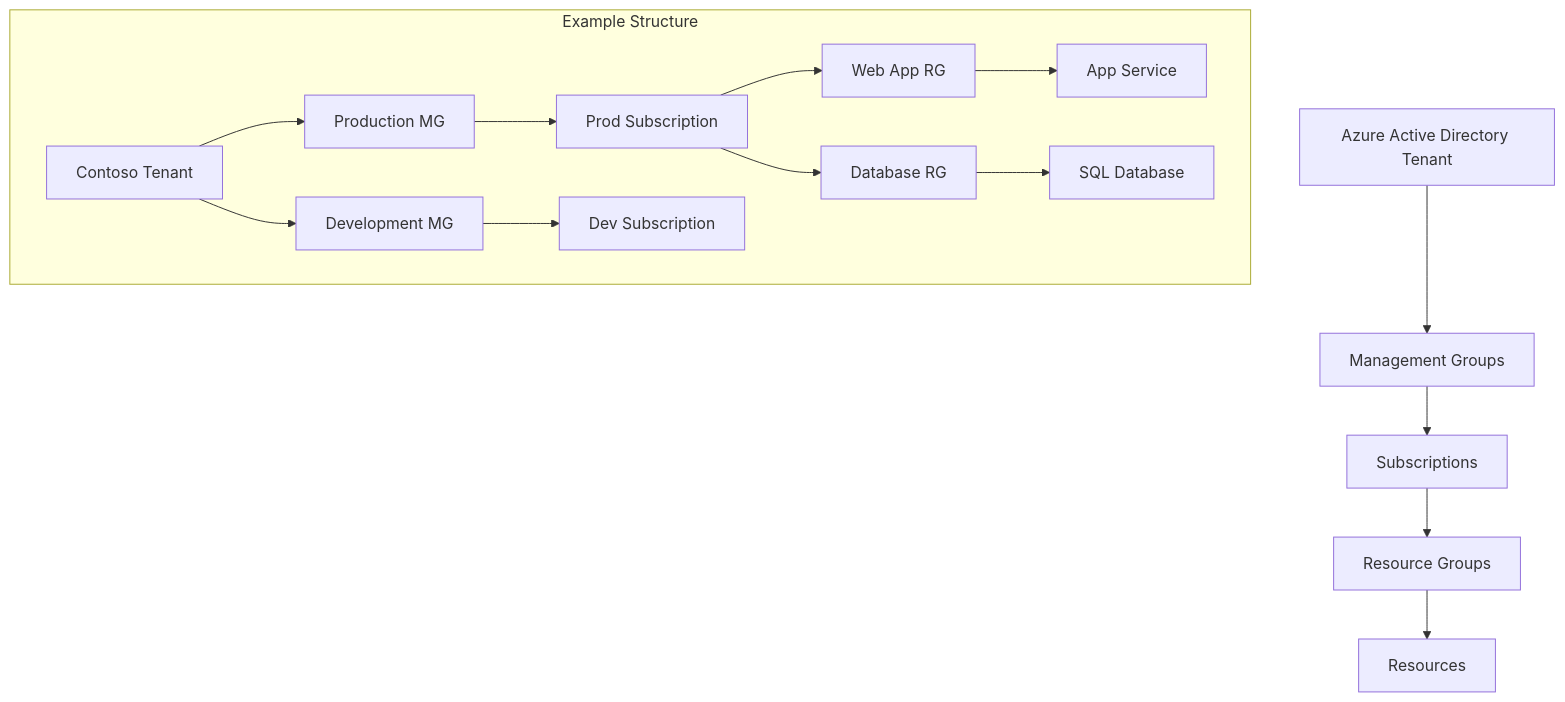
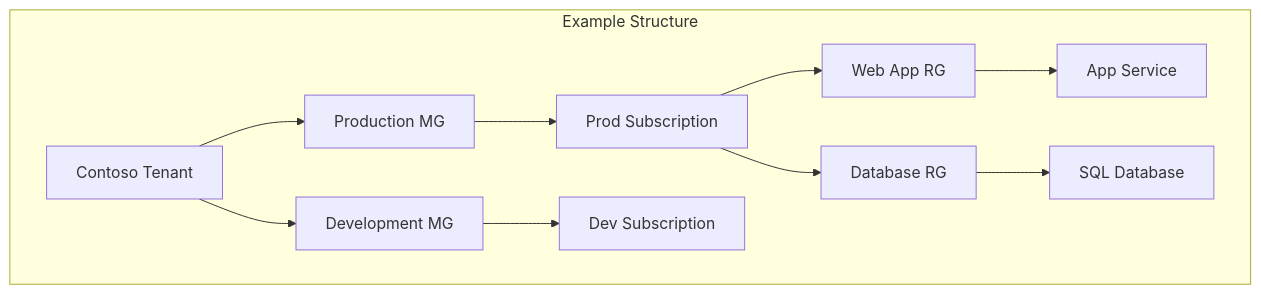
Diagram 12 of 14 in docs/Workshop-1-Modern-DevOps-IaC-Essentials/content/02-infrastructure-as-code.md (lrivallain/ms-alz-workshop), drawn with Mermaid before and after one commit. The commit also changed other lines of this file and 3 other files, not shown here.

````diff
--- a/docs/Workshop-1-Modern-DevOps-IaC-Essentials/content/02-infrastructure-as-code.md
+++ b/docs/Workshop-1-Modern-DevOps-IaC-Essentials/content/02-infrastructure-as-code.md
@@ -257,28 +273,23 @@
 ```mermaid
 graph TD
-    A[Azure Active Directory Tenant] --> B[Management Groups]
-    B --> C[Subscriptions]
-    C --> D[Resource Groups]
-    D --> E[Resources]
-
     subgraph "Example Structure"
         F[Contoso Tenant]
         G[Production MG]
         H[Development MG]
         I[Prod Subscription]
         J[Dev Subscription]
         K[Web App RG]
         L[Database RG]
         M[App Service]
         N[SQL Database]
     end
 
     F --> G
     F --> H
     G --> I
     H --> J
     I --> K
     I --> L
     K --> M
     L --> N
 ```
````
